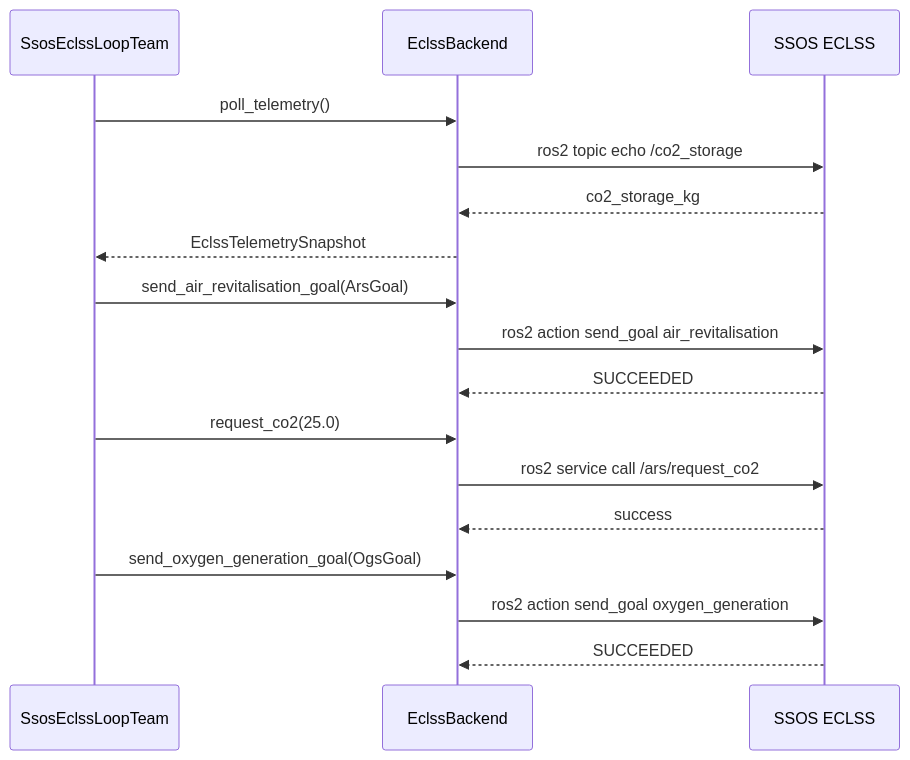
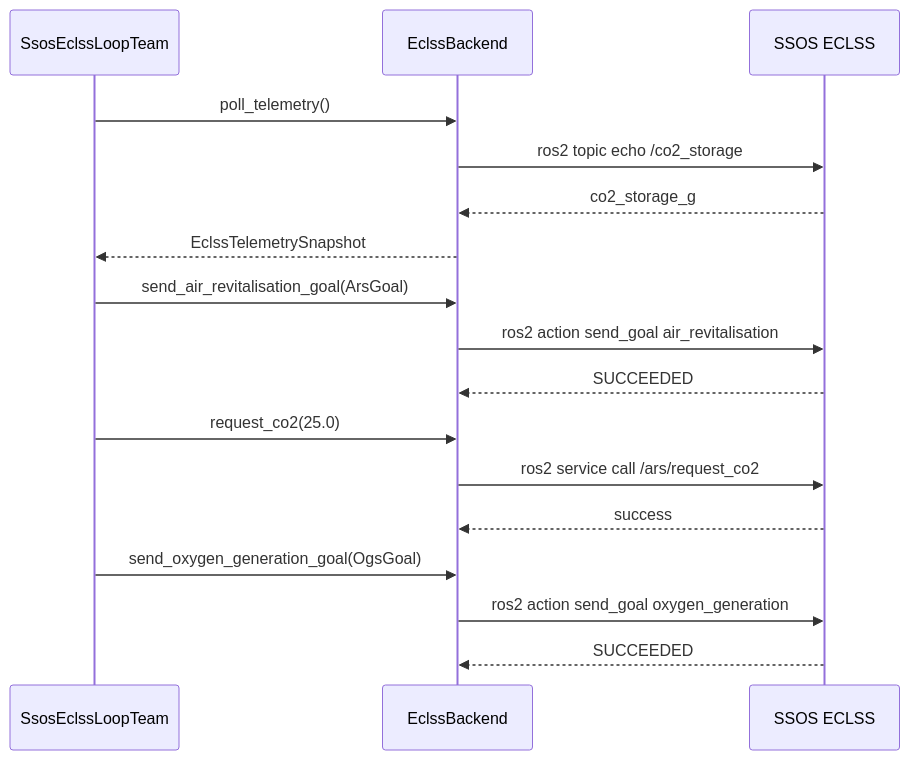
The second of 2 diagrams in docs/en/ssos/eclss-integration.md (Hop-Step-Jump/engineering_agents), drawn with Mermaid before and after one commit. The commit also changed other lines of this file and 53 other files, not shown here.

````diff
--- a/docs/en/ssos/eclss-integration.md
+++ b/docs/en/ssos/eclss-integration.md
@@ -164,23 +164,23 @@
 ```mermaid
 sequenceDiagram
   participant Agent as SsosEclssLoopTeam
   participant BE as EclssBackend
   participant SSOS as SSOS ECLSS
 
   Agent->>BE: poll_telemetry()
   BE->>SSOS: ros2 topic echo /co2_storage
-  SSOS-->>BE: co2_storage_kg
+  SSOS-->>BE: co2_storage_g
   BE-->>Agent: EclssTelemetrySnapshot
 
   Agent->>BE: send_air_revitalisation_goal(ArsGoal)
   BE->>SSOS: ros2 action send_goal air_revitalisation
   SSOS-->>BE: SUCCEEDED
 
   Agent->>BE: request_co2(25.0)
   BE->>SSOS: ros2 service call /ars/request_co2
   SSOS-->>BE: success
 
   Agent->>BE: send_oxygen_generation_goal(OgsGoal)
   BE->>SSOS: ros2 action send_goal oxygen_generation
   SSOS-->>BE: SUCCEEDED
 ```
````
